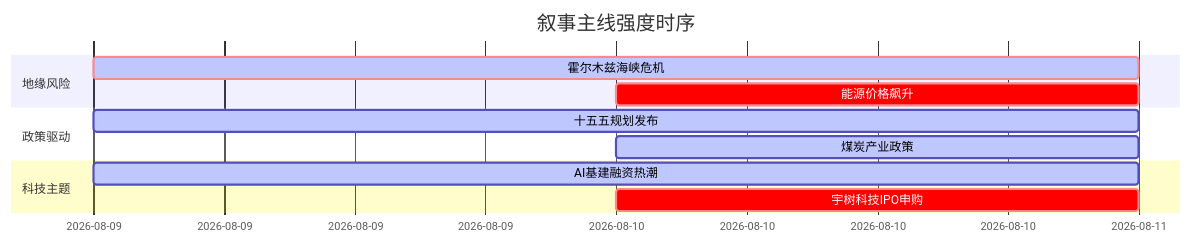
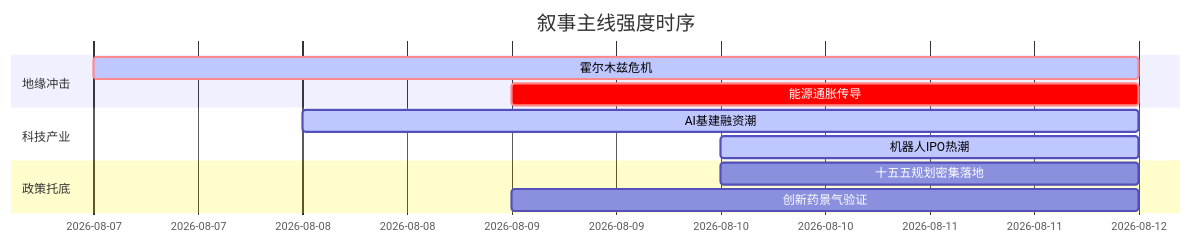
The diagram in 5day_report.md (uu5zn/uu5zn.github.io), drawn with Mermaid before and after one commit. The commit also changed other lines of this file and 24 other files, not shown here.

````diff
--- a/5day_report.md
+++ b/5day_report.md
@@ -58,16 +58,16 @@
 ```mermaid
 gantt
     title 叙事主线强度时序
     dateFormat YYYY-MM-DD
-    section 地缘风险
-    霍尔木兹海峡危机   :crit, active, 2026-08-09, 2d
-    能源价格飙升       :crit, 2026-08-10, 1d
+    section 地缘冲击
+    霍尔木兹危机   :crit, active, 2026-08-07, 5d
+    能源通胀传导   :crit, 2026-08-09, 3d
     
-    section 政策驱动
-    十五五规划发布     :active, 2026-08-09, 2d
-    煤炭产业政策       :active, 2026-08-10, 1d
+    section 科技产业
+    AI基建融资潮   :active, 2026-08-08, 4d
+    机器人IPO热潮   :active, 2026-08-10, 2d
     
-    section 科技主题
-    AI基建融资热潮     :active, 2026-08-09, 2d
-    宇树科技IPO申购    :crit, 2026-08-10, 1d
+    section 政策托底
+    十五五规划密集落地 :2026-08-10, 2d
+    创新药景气验证   :2026-08-09, 3d
 ```
````
